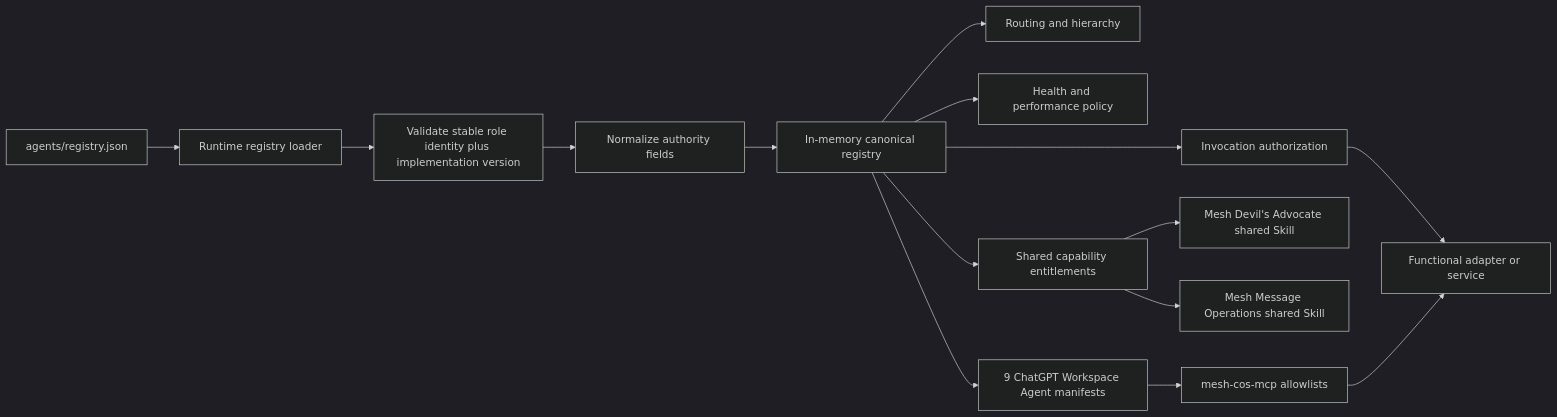
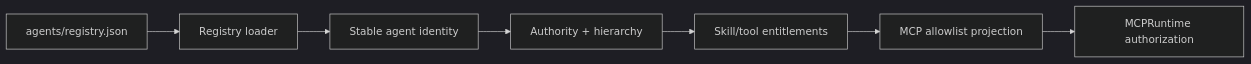
One commit to mkleinbe/mesh-ai-agent-cos-universe changed the diagram in docs/agent-registry.md. Above: the diagram before and after it, drawn with Mermaid (dark theme). The commit also changed other lines of this file, not shown here.

Commit message:
docs: align registry documentation to 10-agent v4 topology

````diff
--- a/docs/agent-registry.md
+++ b/docs/agent-registry.md
@@ -7,17 +26,9 @@
 ```mermaid
 flowchart LR
-    J[agents/registry.json] --> LOAD[Runtime registry loader]
-    LOAD --> ID[Validate stable role identity plus implementation version]
-    ID --> N[Normalize authority fields]
-    N --> R[In-memory canonical registry]
-    R --> AUTH[Invocation authorization]
-    R --> ROUTE[Routing and hierarchy]
-    R --> HEALTH[Health and performance policy]
-    R --> WA[9 ChatGPT Workspace Agent manifests]
-    R --> SC[Shared capability entitlements]
-    SC --> DA[Mesh Devil's Advocate shared Skill]
-    SC --> MSG[Mesh Message Operations shared Skill]
-    WA --> MCP[mesh-cos-mcp allowlists]
-    AUTH --> EXEC[Functional adapter or service]
-    MCP --> EXEC
+    J[agents/registry.json] --> LOAD[Registry loader]
+    LOAD --> ID[Stable agent identity]
+    ID --> AUTH[Authority + hierarchy]
+    AUTH --> SK[Skill/tool entitlements]
+    SK --> MCP[MCP allowlist projection]
+    MCP --> RT[MCPRuntime authorization]
 ```
````
